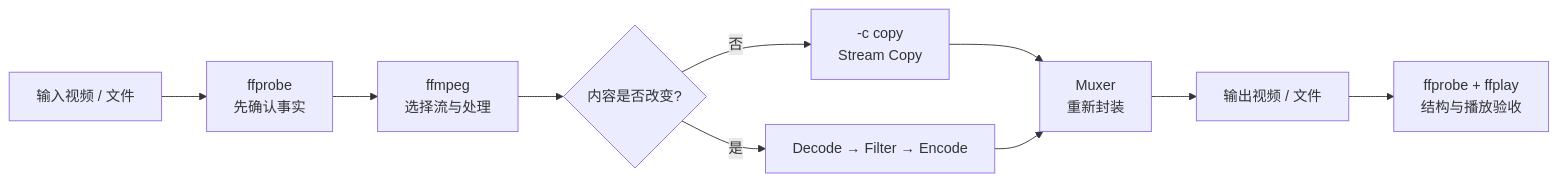
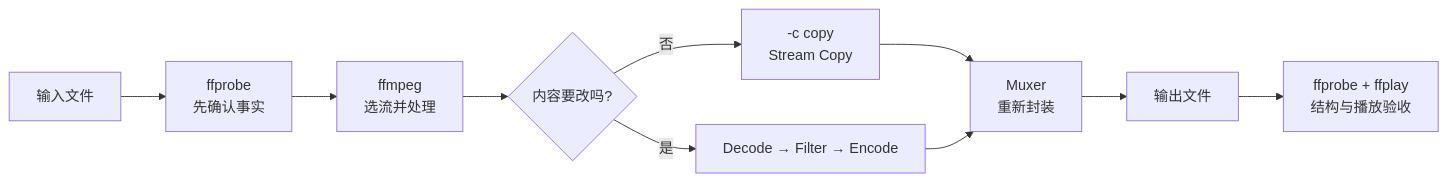
Before and after one commit to flycodeu/FlyCodeCenter: the diagram in src/content/tutorial/ffmpeg/README.md, drawn with Mermaid. The commit also changed other lines of this file and 10 other files, not shown here.

````diff
--- a/src/content/tutorial/ffmpeg/README.md
+++ b/src/content/tutorial/ffmpeg/README.md
@@ -24,12 +24,12 @@
 ```mermaid
 flowchart LR
-  A[输入视频 / 文件] --> B[ffprobe<br/>先确认事实]
-  B --> C[ffmpeg<br/>选择流与处理]
-  C --> D{内容是否改变?}
+  A[输入文件] --> B[ffprobe<br/>先确认事实]
+  B --> C[ffmpeg<br/>选流并处理]
+  C --> D{内容要改吗?}
   D -->|否| E[-c copy<br/>Stream Copy]
   D -->|是| F[Decode → Filter → Encode]
   E --> G[Muxer<br/>重新封装]
   F --> G
-  G --> H[输出视频 / 文件]
+  G --> H[输出文件]
   H --> I[ffprobe + ffplay<br/>结构与播放验收]
 ```
````
